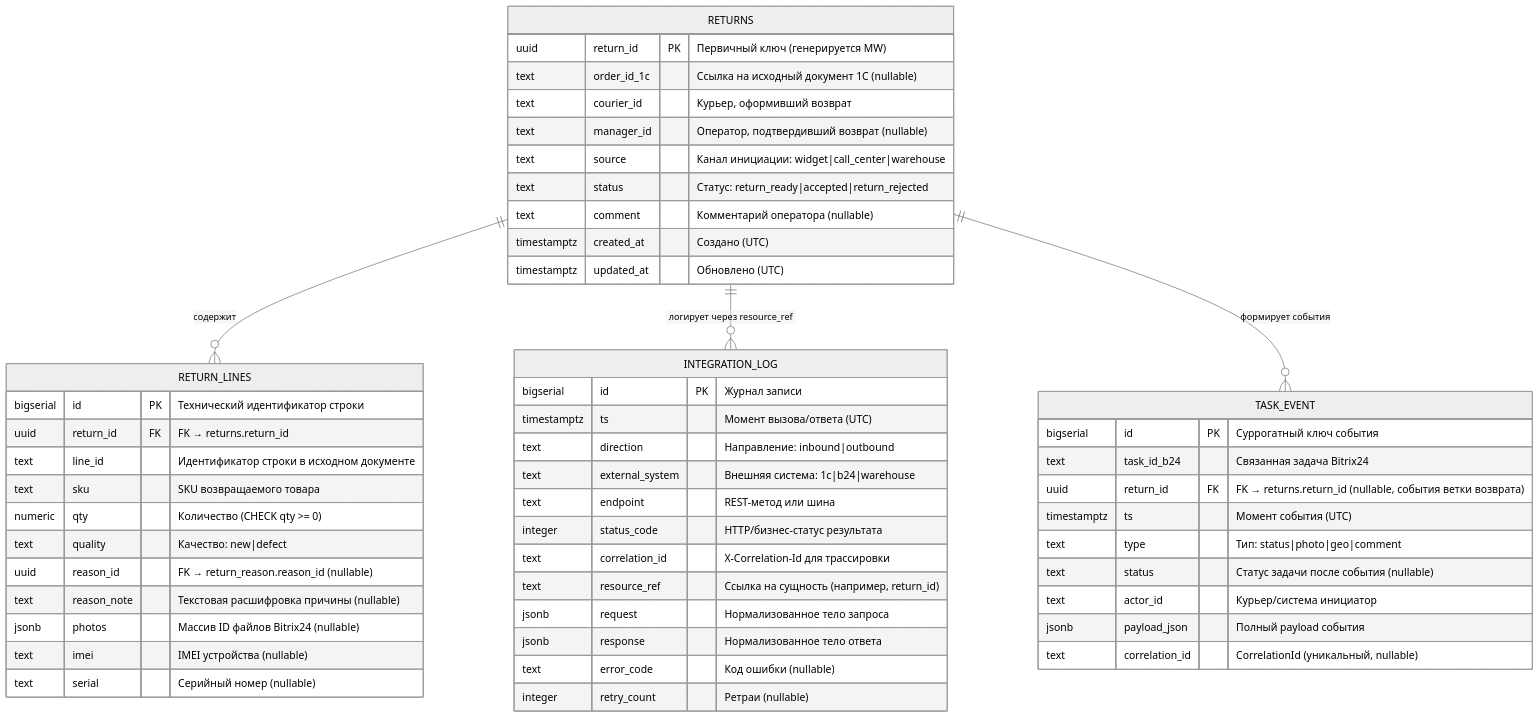
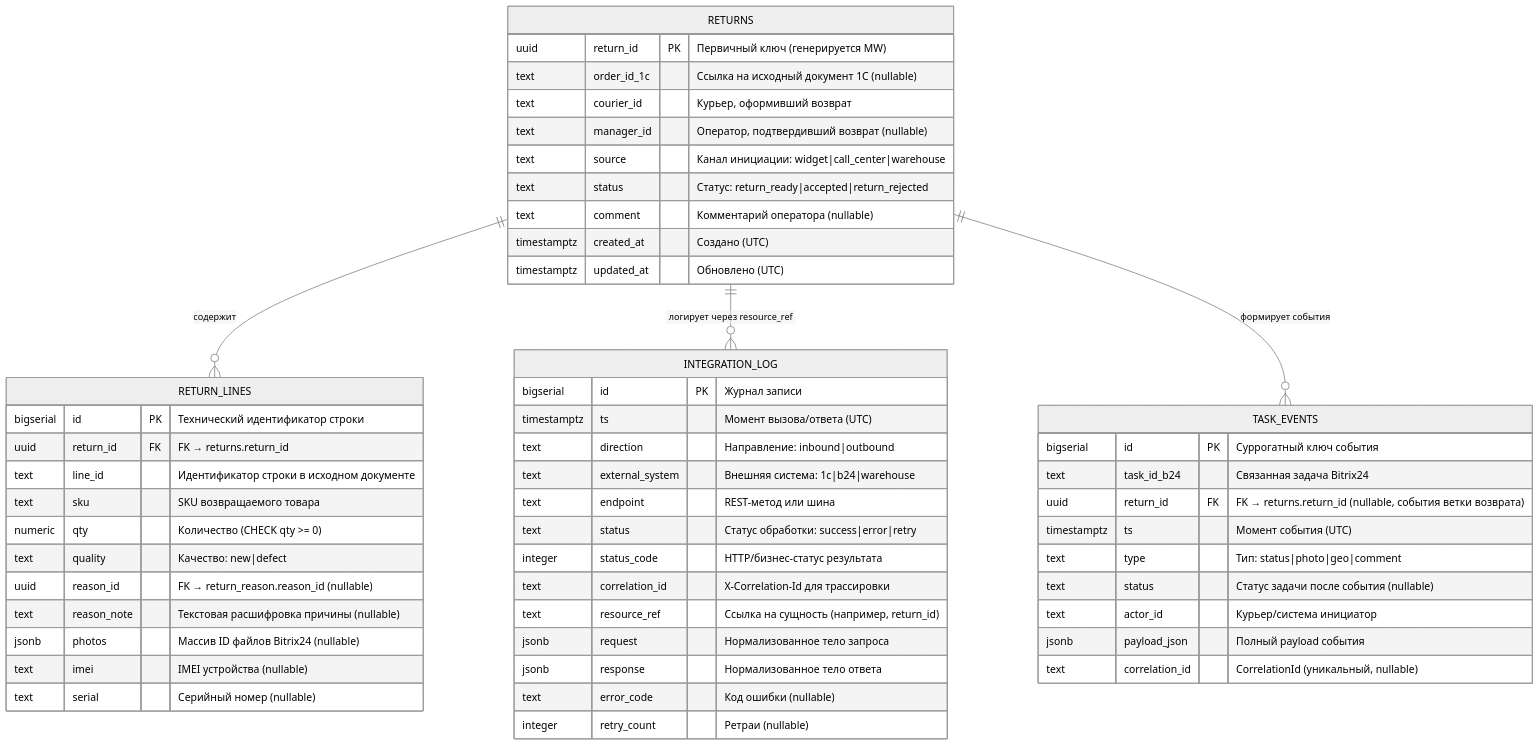
The diagram in docs/data/erd.mmd (Offonika/mastermobile), drawn with Mermaid (neutral theme) before and after one commit. The commit also changed 1 other file, not shown here.

Commit message:
feat: track integration log status and pluralize task events

```diff
--- a/docs/data/erd.mmd
+++ b/docs/data/erd.mmd
@@ -1,58 +1,59 @@
 erDiagram
     %% Возвраты и связанные артефакты наблюдаемости
     RETURNS {
         uuid return_id PK "Первичный ключ (генерируется MW)"
         text order_id_1c "Ссылка на исходный документ 1С (nullable)"
         text courier_id "Курьер, оформивший возврат"
         text manager_id "Оператор, подтвердивший возврат (nullable)"
         text source "Канал инициации: widget|call_center|warehouse"
         text status "Статус: return_ready|accepted|return_rejected"
         text comment "Комментарий оператора (nullable)"
         timestamptz created_at "Создано (UTC)"
         timestamptz updated_at "Обновлено (UTC)"
     }
 
     RETURN_LINES {
         bigserial id PK "Технический идентификатор строки"
         uuid return_id FK "FK → returns.return_id"
         text line_id "Идентификатор строки в исходном документе"
         text sku "SKU возвращаемого товара"
         numeric qty "Количество (CHECK qty >= 0)"
         text quality "Качество: new|defect"
         uuid reason_id "FK → return_reason.reason_id (nullable)"
         text reason_note "Текстовая расшифровка причины (nullable)"
         jsonb photos "Массив ID файлов Bitrix24 (nullable)"
         text imei "IMEI устройства (nullable)"
         text serial "Серийный номер (nullable)"
     }
 
     INTEGRATION_LOG {
         bigserial id PK "Журнал записи"
         timestamptz ts "Момент вызова/ответа (UTC)"
         text direction "Направление: inbound|outbound"
         text external_system "Внешняя система: 1c|b24|warehouse"
         text endpoint "REST-метод или шина"
+        text status "Статус обработки: success|error|retry"
         integer status_code "HTTP/бизнес-статус результата"
         text correlation_id "X-Correlation-Id для трассировки"
         text resource_ref "Ссылка на сущность (например, return_id)"
         jsonb request "Нормализованное тело запроса"
         jsonb response "Нормализованное тело ответа"
         text error_code "Код ошибки (nullable)"
         integer retry_count "Ретраи (nullable)"
     }
 
-    TASK_EVENT {
+    TASK_EVENTS {
         bigserial id PK "Суррогатный ключ события"
         text task_id_b24 "Связанная задача Bitrix24"
         uuid return_id FK "FK → returns.return_id (nullable, события ветки возврата)"
         timestamptz ts "Момент события (UTC)"
         text type "Тип: status|photo|geo|comment"
         text status "Статус задачи после события (nullable)"
         text actor_id "Курьер/система инициатор"
         jsonb payload_json "Полный payload события"
         text correlation_id "CorrelationId (уникальный, nullable)"
     }
 
     RETURNS ||--o{ RETURN_LINES : "содержит"
     RETURNS ||--o{ INTEGRATION_LOG : "логирует через resource_ref"
-    RETURNS ||--o{ TASK_EVENT : "формирует события"
+    RETURNS ||--o{ TASK_EVENTS : "формирует события"
```
